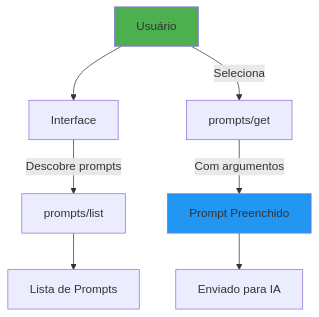
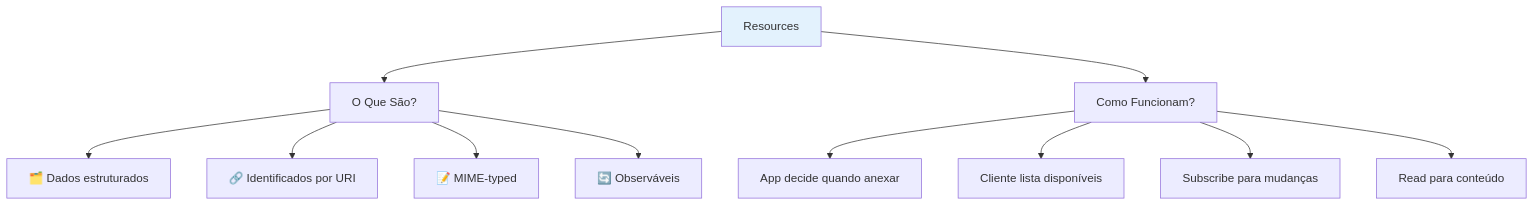
One commit to felipepimentel/my-public-notes changed the ninth of 39 diagrams in AI/Comunicação/MCP/00-mcp-presentation-zero to hero.md. Above: the diagram before and after it, drawn with Mermaid. The commit also changed other lines of this file, not shown here.

````diff
--- a/AI/Comunicação/MCP/00-mcp-presentation-zero to hero.md
+++ b/AI/Comunicação/MCP/00-mcp-presentation-zero to hero.md
@@ -253,13 +210,16 @@
 ```mermaid
 graph TD
-    USER[Usuário] --> UI[Interface]
-    UI --> |"Descobre prompts"| LIST[prompts/list]
-    LIST --> PROMPTS[Lista de Prompts]
+    RES[Resources] --> WHAT[O Que São?]
+    WHAT --> W1[🗂️ Dados estruturados]
+    WHAT --> W2[🔗 Identificados por URI]
+    WHAT --> W3[📝 MIME-typed]
+    WHAT --> W4[🔄 Observáveis]
     
-    USER --> |"Seleciona"| GET[prompts/get]
-    GET --> |"Com argumentos"| FILLED[Prompt Preenchido]
-    FILLED --> LLM[Enviado para IA]
+    RES --> HOW[Como Funcionam?]
+    HOW --> H1[App decide quando anexar]
+    HOW --> H2[Cliente lista disponíveis]
+    HOW --> H3[Subscribe para mudanças]
+    HOW --> H4[Read para conteúdo]
     
-    style USER fill:#4CAF50
-    style FILLED fill:#2196F3
+    style RES fill:#e3f2fd
 ```
````
